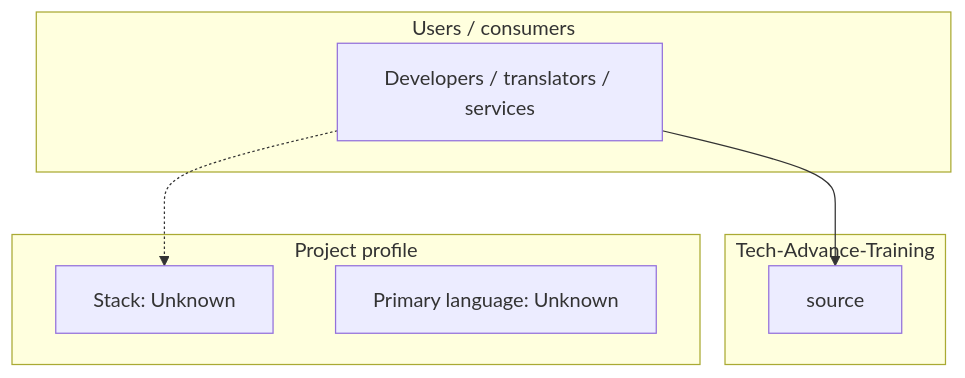
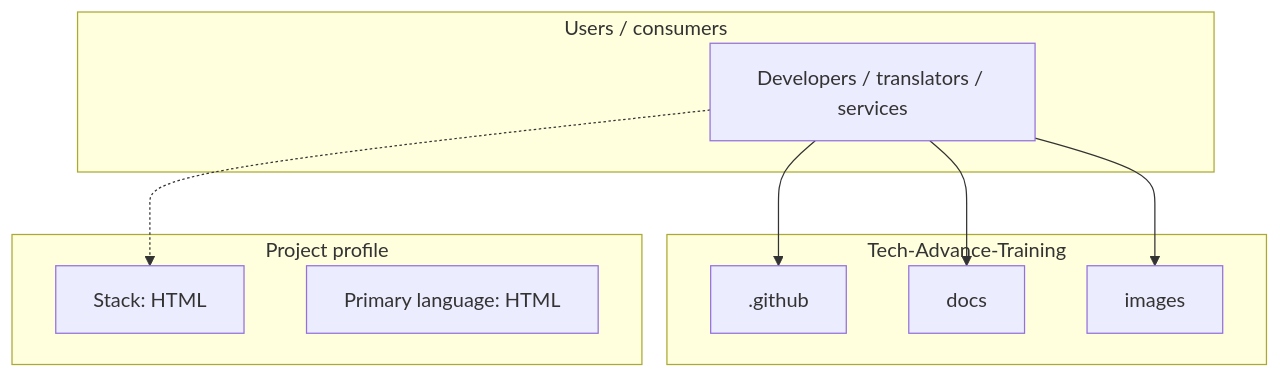
One commit to AnonymousWalker/project-repos-diagram changed the first of 3 diagrams in architecture/WycliffeAssociates/Tech-Advance-Training-architecture.md. Above: the diagram before and after it, drawn with Mermaid. The commit also changed other lines of this file and 18 other files, not shown here.

Commit message:
chore: refresh architecture diagrams

````diff
--- a/architecture/WycliffeAssociates/Tech-Advance-Training-architecture.md
+++ b/architecture/WycliffeAssociates/Tech-Advance-Training-architecture.md
@@ -9,18 +9,22 @@
 ```mermaid
 flowchart TB
   subgraph users["Users / consumers"]
     Users["Developers / translators / services"]
   end
 
   subgraph project["Tech-Advance-Training"]
-    Core["source"]
+    M0[".github"]
+    M1["docs"]
+    M2["images"]
   end
 
   subgraph meta["Project profile"]
-    Stack["Stack: Unknown"]
-    Lang["Primary language: Unknown"]
+    Stack["Stack: HTML"]
+    Lang["Primary language: HTML"]
   end
 
-  Users --> Core
+  Users --> M0
+  Users --> M1
+  Users --> M2
   Users -.-> Stack
 ```
````
